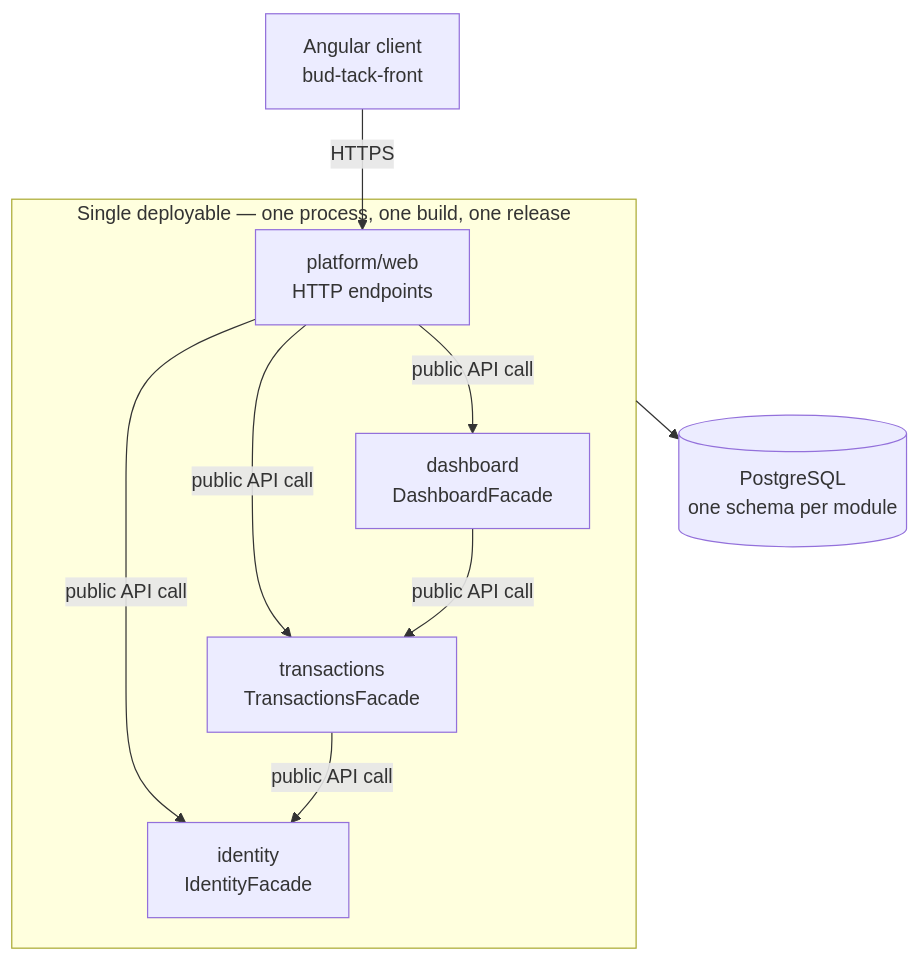
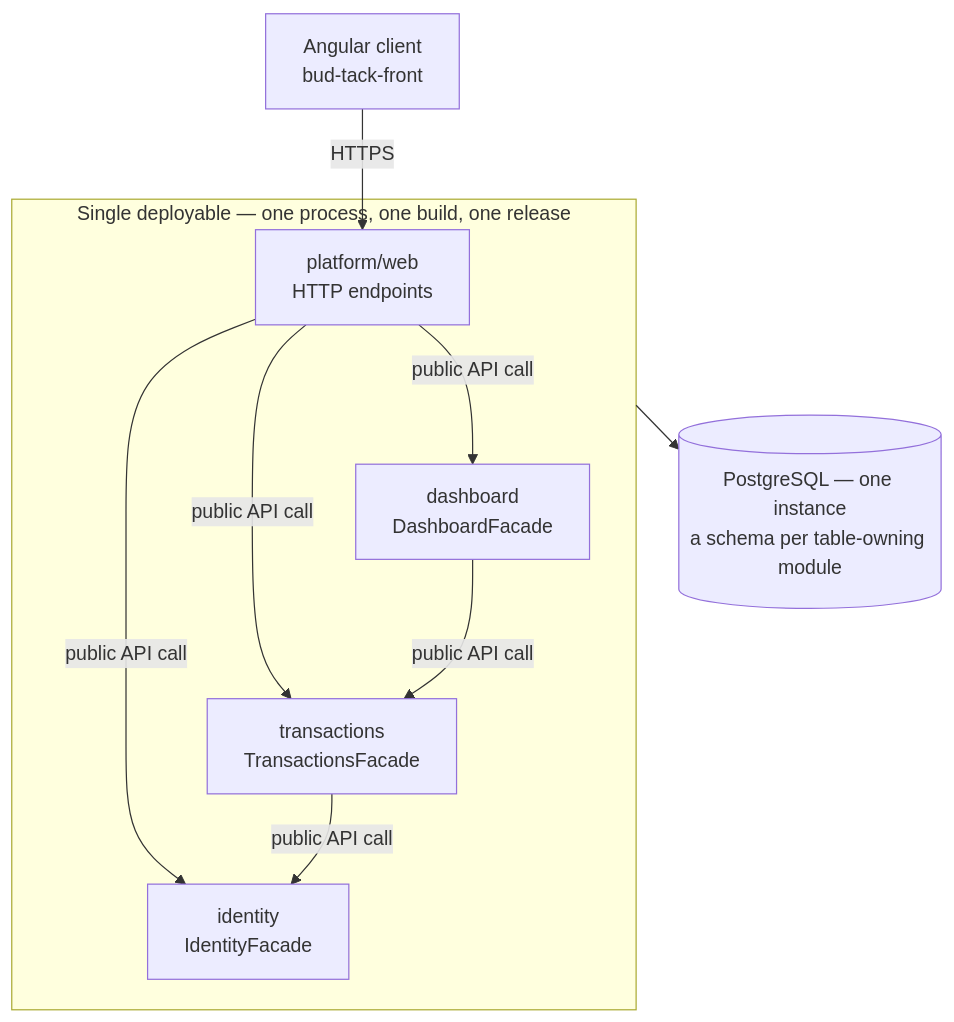
Before and after one commit to Naudi13/budget-tracker: the diagram in docs/05-architecture/modular-monolith.md, drawn with Mermaid. The commit also changed other lines of this file and 5 other files, not shown here.

First line of the commit message:
docs(architecture): record the shared-database exception and link BR-05

````diff
--- a/docs/05-architecture/modular-monolith.md
+++ b/docs/05-architecture/modular-monolith.md
@@ -14,16 +14,16 @@
 ```mermaid
 flowchart TB
     Front["Angular client<br/>bud-tack-front"] -->|HTTPS| Web
     subgraph App["Single deployable — one process, one build, one release"]
         Web["platform/web<br/>HTTP endpoints"]
         Identity["identity<br/>IdentityFacade"]
         Transactions["transactions<br/>TransactionsFacade"]
         Dashboard["dashboard<br/>DashboardFacade"]
         Web -->|public API call| Identity
         Web -->|public API call| Transactions
         Web -->|public API call| Dashboard
         Transactions -->|public API call| Identity
         Dashboard -->|public API call| Transactions
     end
-    App --> DB[("PostgreSQL<br/>one schema per module")]
+    App --> DB[("PostgreSQL — one instance<br/>a schema per table-owning module")]
 ```
````
